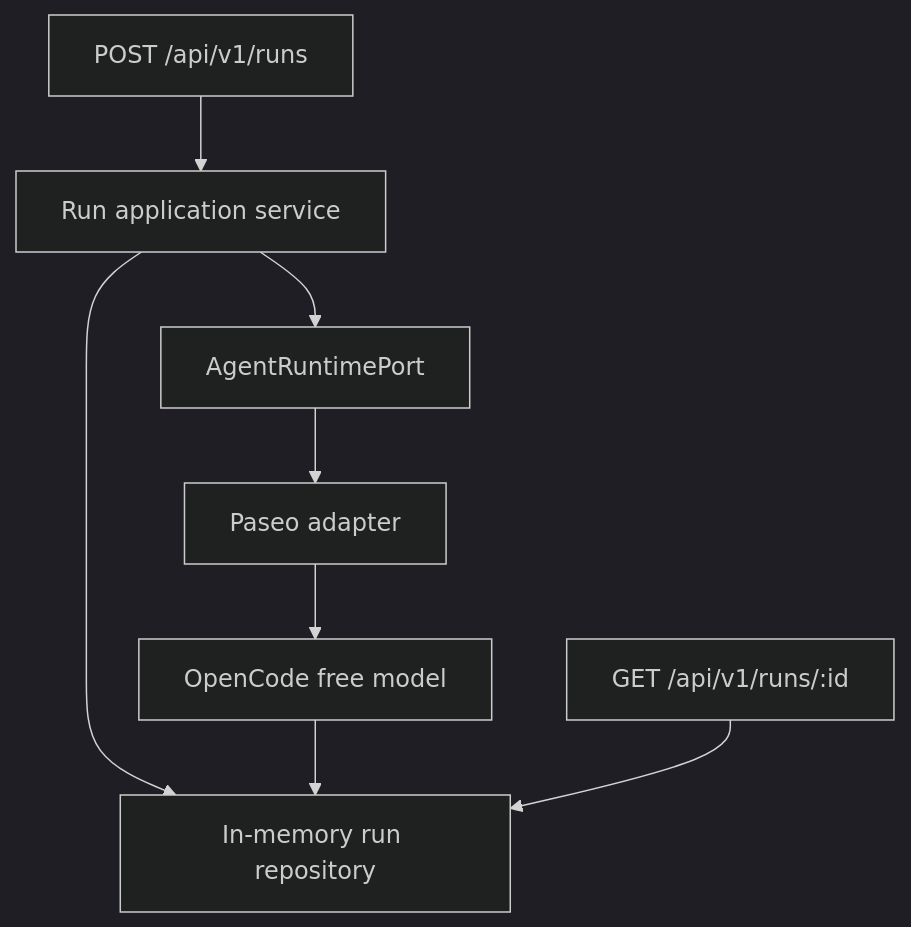
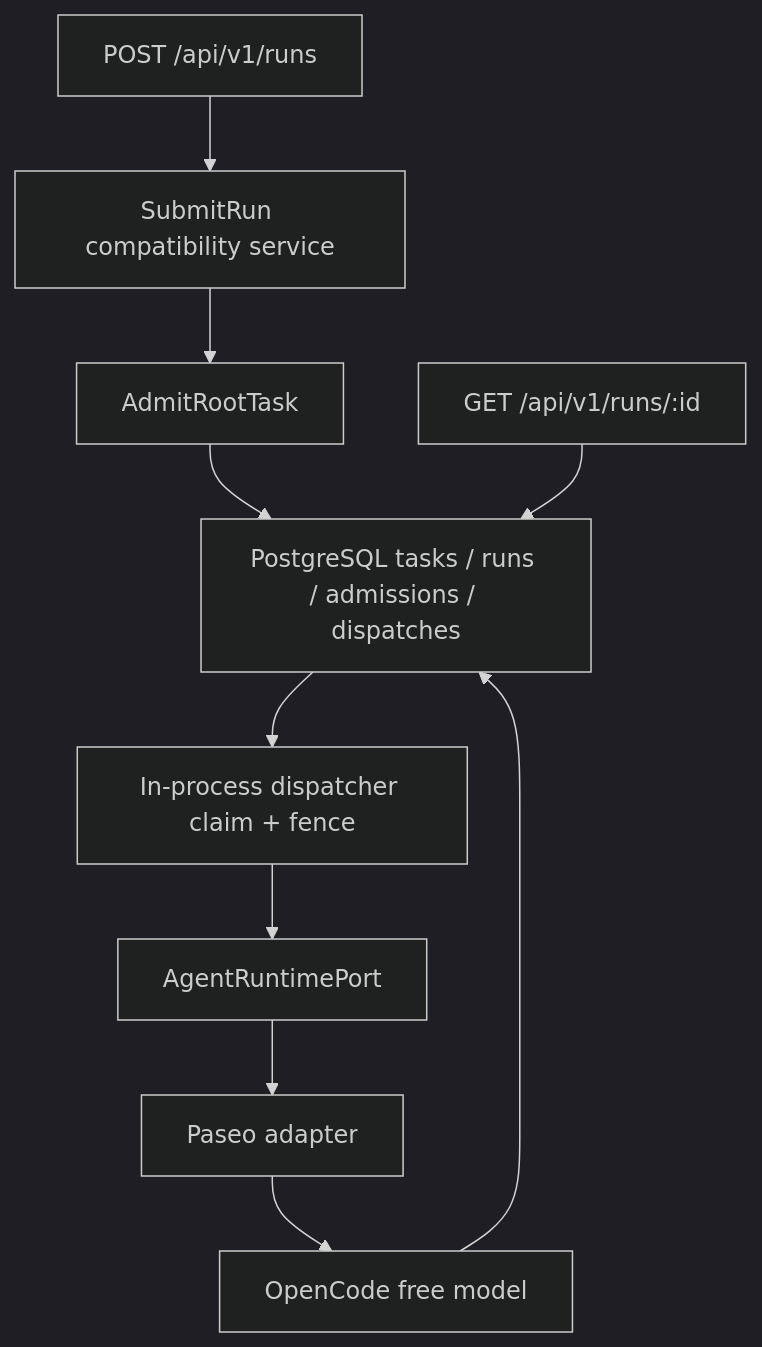
Before and after one commit to atomlink-ye/agent-server: the diagram in README.md, drawn with Mermaid (dark theme). The commit also changed other lines of this file and 48 other files, not shown here.

````diff
--- a/README.md
+++ b/README.md
@@ -7,10 +7,12 @@
 ```mermaid
 flowchart TD
-    A["POST /api/v1/runs"] --> B["Run application service"]
-    B --> C["In-memory run repository"]
-    B --> D["AgentRuntimePort"]
-    D --> E["Paseo adapter"]
-    E --> F["OpenCode free model"]
-    F --> C
-    G["GET /api/v1/runs/:id"] --> C
+    A["POST /api/v1/runs"] --> B["SubmitRun compatibility service"]
+    B --> C["AdmitRootTask"]
+    C --> D["PostgreSQL tasks / runs / admissions / dispatches"]
+    D --> E["In-process dispatcher claim + fence"]
+    E --> F["AgentRuntimePort"]
+    F --> G["Paseo adapter"]
+    G --> H["OpenCode free model"]
+    H --> D
+    I["GET /api/v1/runs/:id"] --> D
 ```
````
